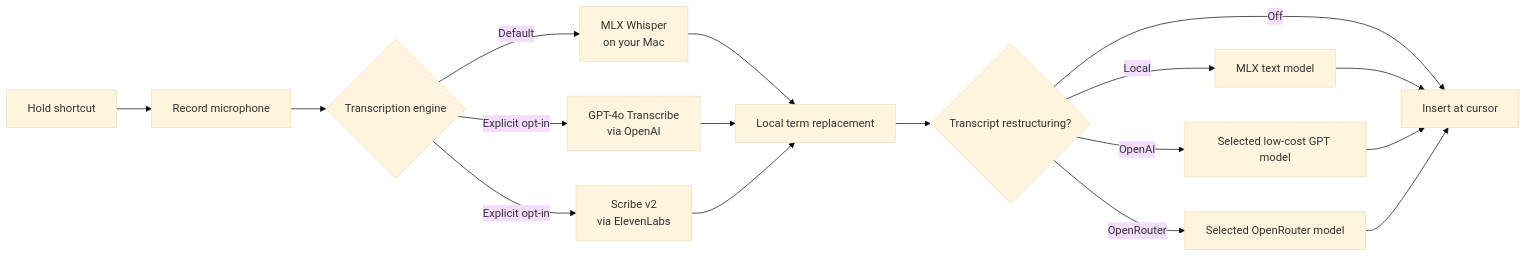
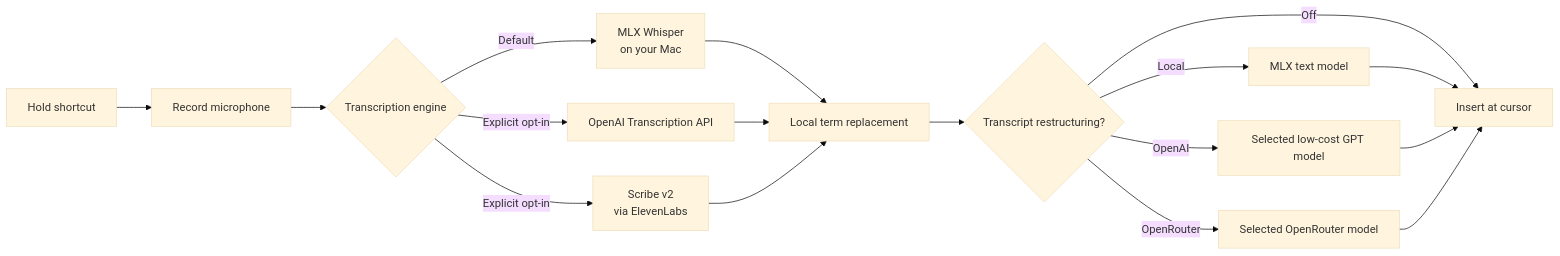
One commit to redoyan/RedWhisper changed the diagram in README.md. Above: the diagram before and after it, drawn with Mermaid (base theme). The commit also changed other lines of this file and 7 other files, not shown here.

````diff
--- a/README.md
+++ b/README.md
@@ -106,19 +106,19 @@
 ```mermaid
 flowchart LR
     A[Hold shortcut] --> B[Record microphone]
     B --> C{Transcription engine}
     C -->|Default| D[MLX Whisper<br>on your Mac]
-    C -->|Explicit opt-in| E[GPT-4o Transcribe<br>via OpenAI]
+    C -->|Explicit opt-in| E[OpenAI Transcription API]
     C -->|Explicit opt-in| L[Scribe v2<br>via ElevenLabs]
     D --> F[Local term replacement]
     E --> F
     L --> F
     F --> G{Transcript restructuring?}
     G -->|Off| H[Insert at cursor]
     G -->|Local| I[MLX text model]
     G -->|OpenAI| J[Selected low-cost GPT model]
     G -->|OpenRouter| K[Selected OpenRouter model]
     I --> H
     J --> H
     K --> H
 ```
````
